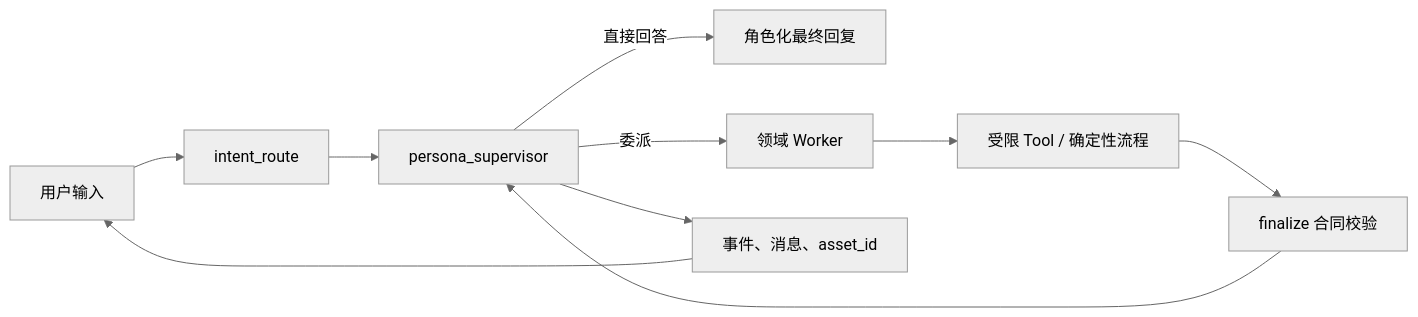
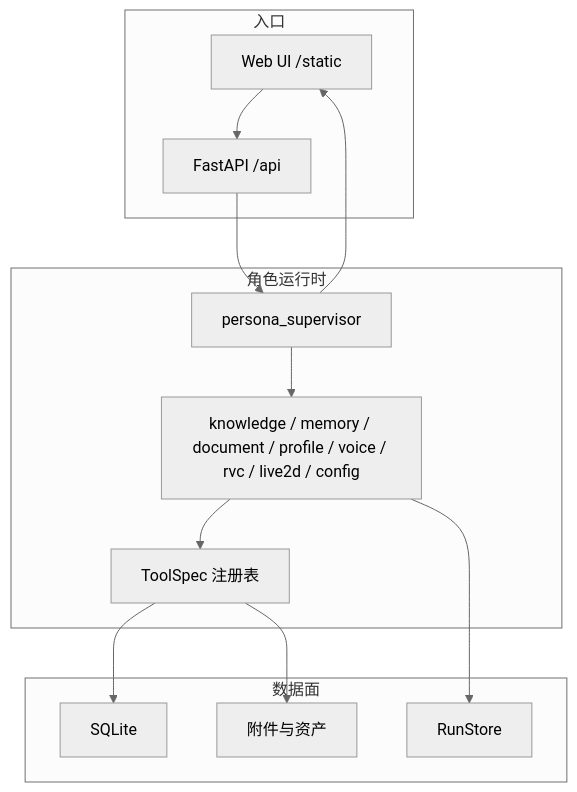
The diagram in docs/site/concepts/overview.md (TKGEKKOU/charactoid), drawn with Mermaid (neutral theme) before and after one commit. The commit also changed other lines of this file and 39 other files, not shown here.

````diff
--- a/docs/site/concepts/overview.md
+++ b/docs/site/concepts/overview.md
@@ -9,12 +11,23 @@
 ```mermaid
-flowchart LR
-  U[用户输入] --> I[intent_route]
-  I --> S[persona_supervisor]
-  S -->|直接回答| F[角色化最终回复]
-  S -->|委派| W[领域 Worker]
-  W --> T[受限 Tool / 确定性流程]
-  T --> C[finalize 合同校验]
-  C --> S
-  S --> R[事件、消息、asset_id]
-  R --> U
+flowchart TB
+  subgraph entry [入口]
+    UI[Web UI /static]
+    API[FastAPI /api]
+  end
+  subgraph agent [角色运行时]
+    S[persona_supervisor]
+    W[knowledge / memory / document / profile / voice / rvc / live2d / config]
+    T[ToolSpec 注册表]
+  end
+  subgraph data [数据面]
+    DB[SQLite]
+    RS[RunStore]
+    FS[附件与资产]
+  end
+  UI --> API --> S
+  S --> W --> T
+  W --> RS
+  T --> DB
+  T --> FS
+  S --> UI
 ```
````
